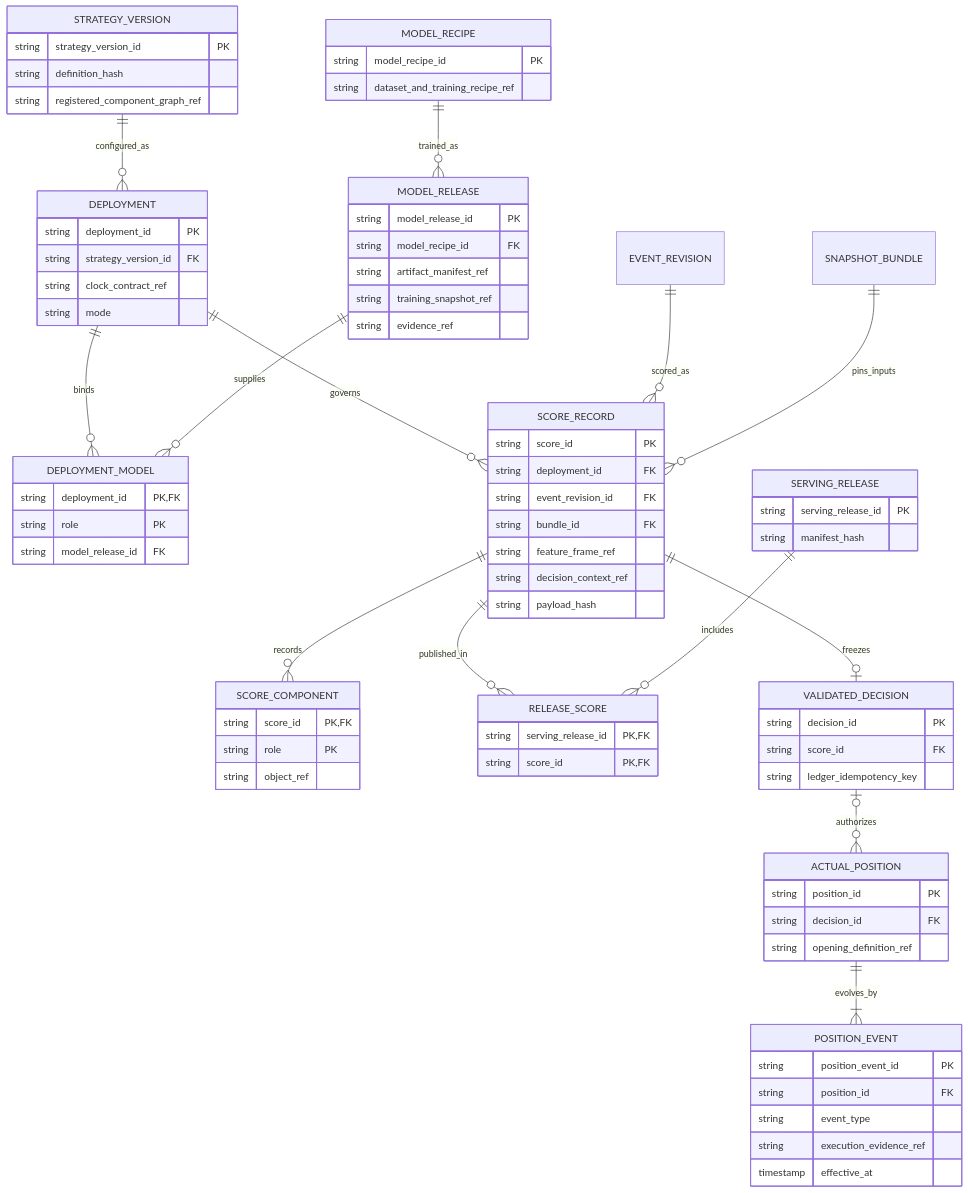
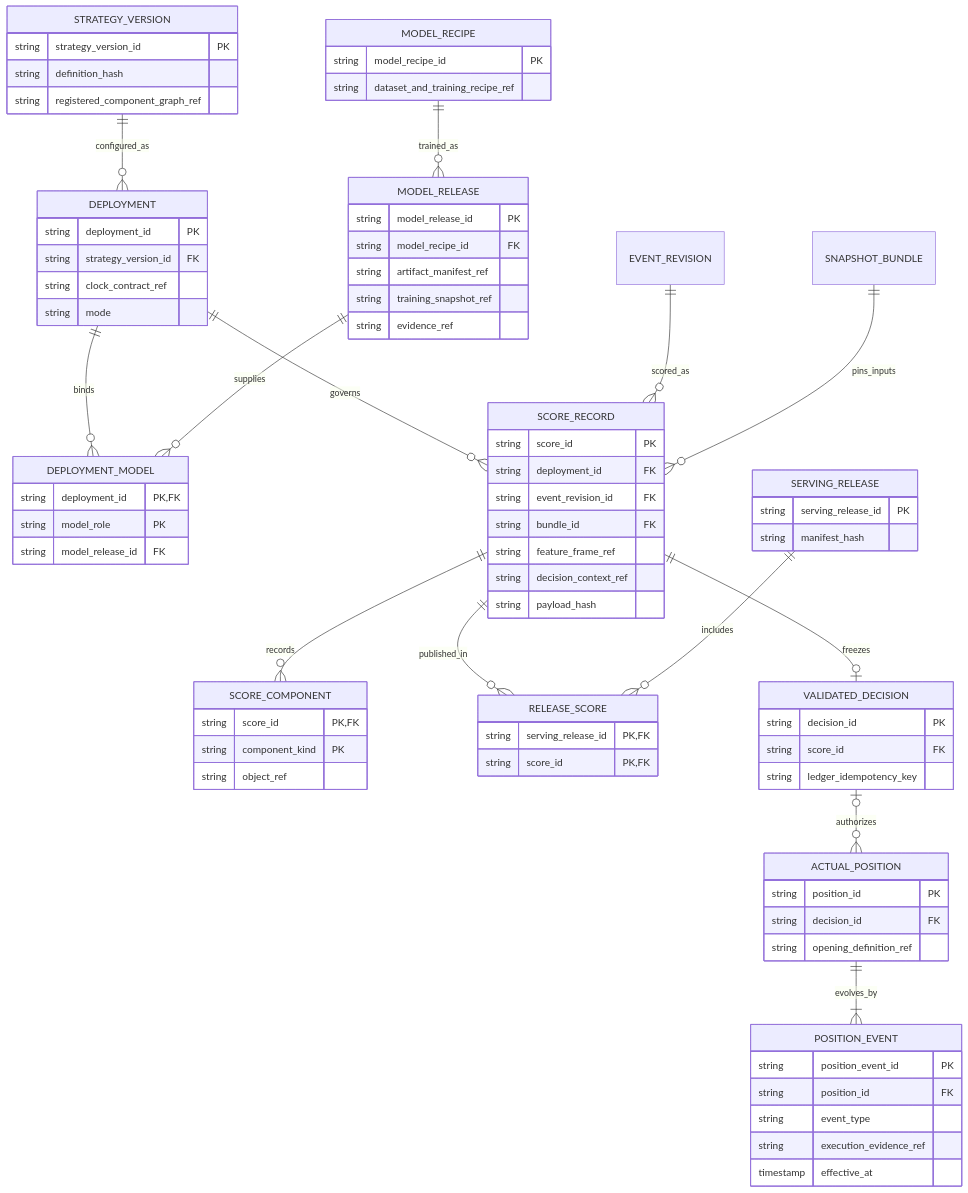
Before and after one commit to yshewchuk/investment-validation: the third of 3 diagrams in guides/rearchitecture_data_model.md, drawn with Mermaid. The commit also changed other lines of this file and 3 other files, not shown here.

First line of the commit message:
Give the architecture a shape a change can be reasoned about inside

```diff
--- a/guides/rearchitecture_data_model.md
+++ b/guides/rearchitecture_data_model.md
@@ -309,7 +309,7 @@
     }
     DEPLOYMENT_MODEL {
         string deployment_id PK, FK
-        string role PK
+        string model_role PK
         string model_release_id FK
     }
     SCORE_RECORD {
@@ -323,7 +323,7 @@
     }
     SCORE_COMPONENT {
         string score_id PK, FK
-        string role PK
+        string component_kind PK
         string object_ref
     }
     SERVING_RELEASE {
```
